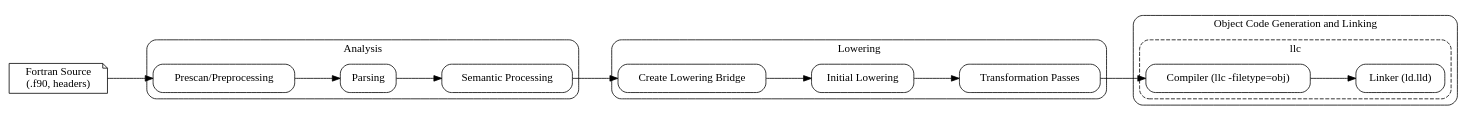
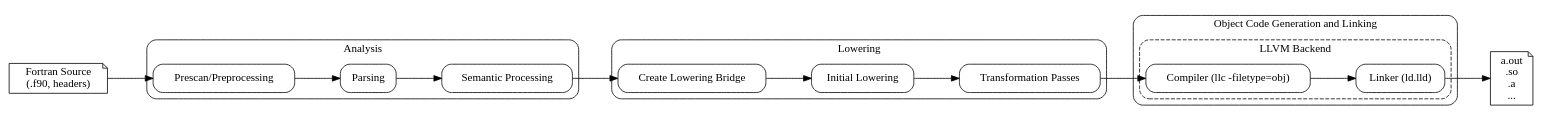
The diagram in _posts/2026-07-13-contributing-enzyme-ifx-2025-3_assets/full_simplified_flang.dot (jfdev001/jfdev001.github.io), drawn with Graphviz before and after one commit. The commit also changed 2 other files, not shown here.

Commit message:
include outputs in code graph, better naming

```diff
--- a/_posts/2026-07-13-contributing-enzyme-ifx-2025-3_assets/full_simplified_flang.dot
+++ b/_posts/2026-07-13-contributing-enzyme-ifx-2025-3_assets/full_simplified_flang.dot
@@ -1,99 +1,110 @@
 // @brief Simplified flang pipeline, no I/O shown
 // https://github.com/llvm/llvm-project/blob/main/flang/docs/Overview.md
 digraph FlangPipeline {
     rankdir=LR;
     splines=ortho;
     nodesep=0.5;
     ranksep=0.8;
 
     node [shape=box, style="rounded"];
 
 
     // -------------
     // ANALYSIS 
     // -------------
 
     // input analysis phase 
-    Source [label="Fortran Source\n(.f90, headers)"];
+    Source [
+        label="Fortran Source\n(.f90, headers)";
+        shape=note;
+    ];
 
     subgraph cluster_analysis {
         label="Analysis";
         style=rounded;
 
         Prescan [
             label="Prescan/Preprocessing"
         ];
 
         Parsing [
             label="Parsing"
         ];
 
         SemanticProcessing [
             label="Semantic Processing"
         ];
     }
 
 
     // ---------------
     // LOWERING 
     // ---------------
 
     subgraph cluster_lowering {
         label="Lowering";
         style=rounded;
 
         CreateLoweringBridge [
             label="Create Lowering Bridge"
         ];
 
         InitialLowering [
             label="Initial Lowering"
         ];
 
         TransformationPasses [
             label="Transformation Passes"
         ];
     }
 
 
     // ----------
     // LLC 
     // ----------
+
     subgraph cluster_codegen {
         label="Object Code Generation and Linking";
         style=rounded;
 
-        subgraph cluster_llc {
-            label="llc";
+        subgraph cluster_llvm_backend {
+            label="LLVM Backend";
             style="rounded,dashed";
             Compiler [
                 label="Compiler (llc -filetype=obj)"
             ];
 
             Linker [
                 label="Linker (ld.lld)"
             ];
 
 
             Compiler -> Linker;
         }
     }
 
+
     // ---
     // Total pipeline
     // ---
-    Source [shape=note]
 
     // Analysis
     Source -> Prescan;
     Prescan -> Parsing;
     Parsing -> SemanticProcessing;
 
     // lowering
     SemanticProcessing -> CreateLoweringBridge;
     CreateLoweringBridge -> InitialLowering;
     InitialLowering -> TransformationPasses;
 
     // code generation
     TransformationPasses -> Compiler;
+
+    // using cmake syntax: add_executable, add_target(shared lib...)
+    Outputs [
+        label="a.out\n.so\n.a\n...";
+        shape=note
+    ]
+    Linker -> Outputs;
 }
```
